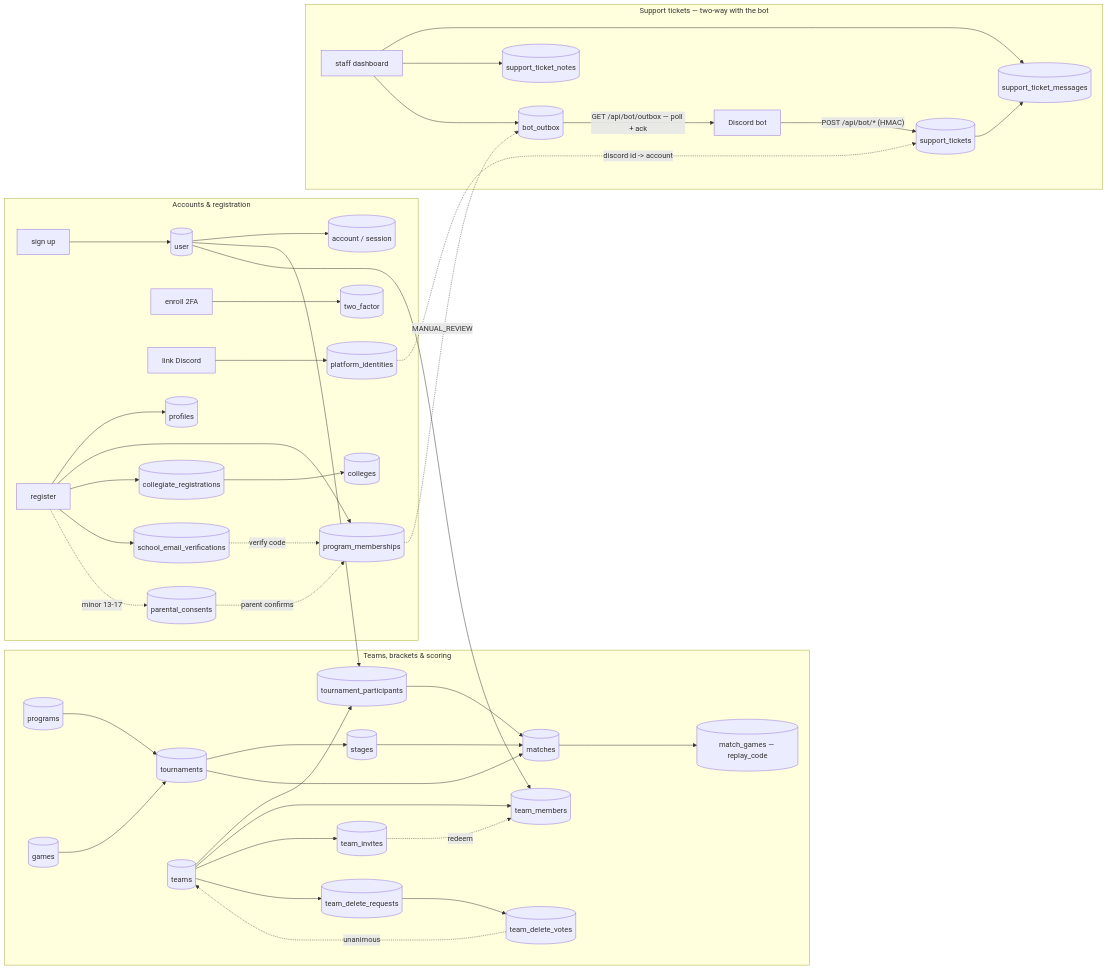
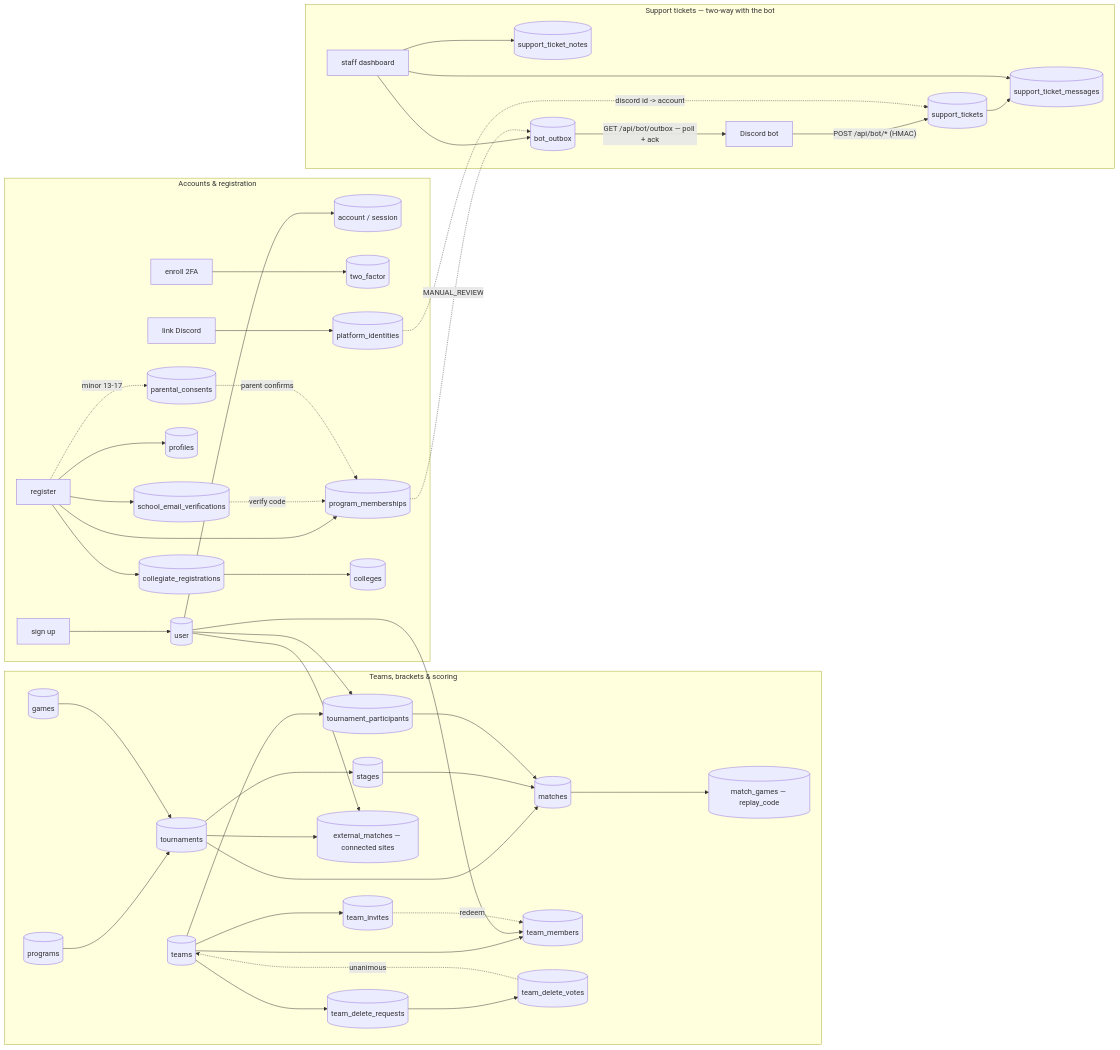
One commit to FaultFoundation/commons changed the second of 2 diagrams in db/README.md. Above: the diagram before and after it, drawn with Mermaid. The commit also changed other lines of this file and 21 other files, not shown here.

````diff
--- a/db/README.md
+++ b/db/README.md
@@ -507,44 +510,46 @@
 ```mermaid
 flowchart LR
     subgraph acct["Accounts & registration"]
         SU[sign up] --> U[(user)]
         U --> AC[(account / session)]
         TF[enroll 2FA] --> TWO[(two_factor)]
         DL[link Discord] --> PI[(platform_identities)]
         REG[register] --> PR[(profiles)]
         REG --> PM[(program_memberships)]
         REG --> CR[(collegiate_registrations)]
         CR --> COL[(colleges)]
         REG --> SEV[(school_email_verifications)]
         SEV -. verify code .-> PM
         REG -. "minor 13-17" .-> PC[(parental_consents)]
         PC -. parent confirms .-> PM
     end
     subgraph brk["Teams, brackets & scoring"]
         PROG[(programs)] --> T[(tournaments)]
         GM[(games)] --> T
         T --> ST[(stages)]
         T --> M[(matches)]
         ST --> M
         M --> MG[("match_games — replay_code")]
         TM[(teams)] --> TP[(tournament_participants)]
         U --> TP
         TP --> M
+        T --> EM[("external_matches — connected sites")]
+        U --> EM
         TM --> RM[(team_members)]
         U --> RM
         TM --> TI[(team_invites)]
         TI -. redeem .-> RM
         TM --> TDR[(team_delete_requests)] --> TDV[(team_delete_votes)]
         TDV -. unanimous .-> TM
     end
     subgraph sup["Support tickets — two-way with the bot"]
         DISC["Discord bot"] -- "POST /api/bot/* (HMAC)" --> SUP[(support_tickets)]
         SUP --> SMSG[(support_ticket_messages)]
         DASH["staff dashboard"] --> SMSG
         DASH --> SNOTE[(support_ticket_notes)]
         DASH --> OUT[(bot_outbox)]
         OUT -- "GET /api/bot/outbox — poll + ack" --> DISC
         PI -. "discord id -> account" .-> SUP
         PM -. MANUAL_REVIEW .-> OUT
     end
 ```
````
